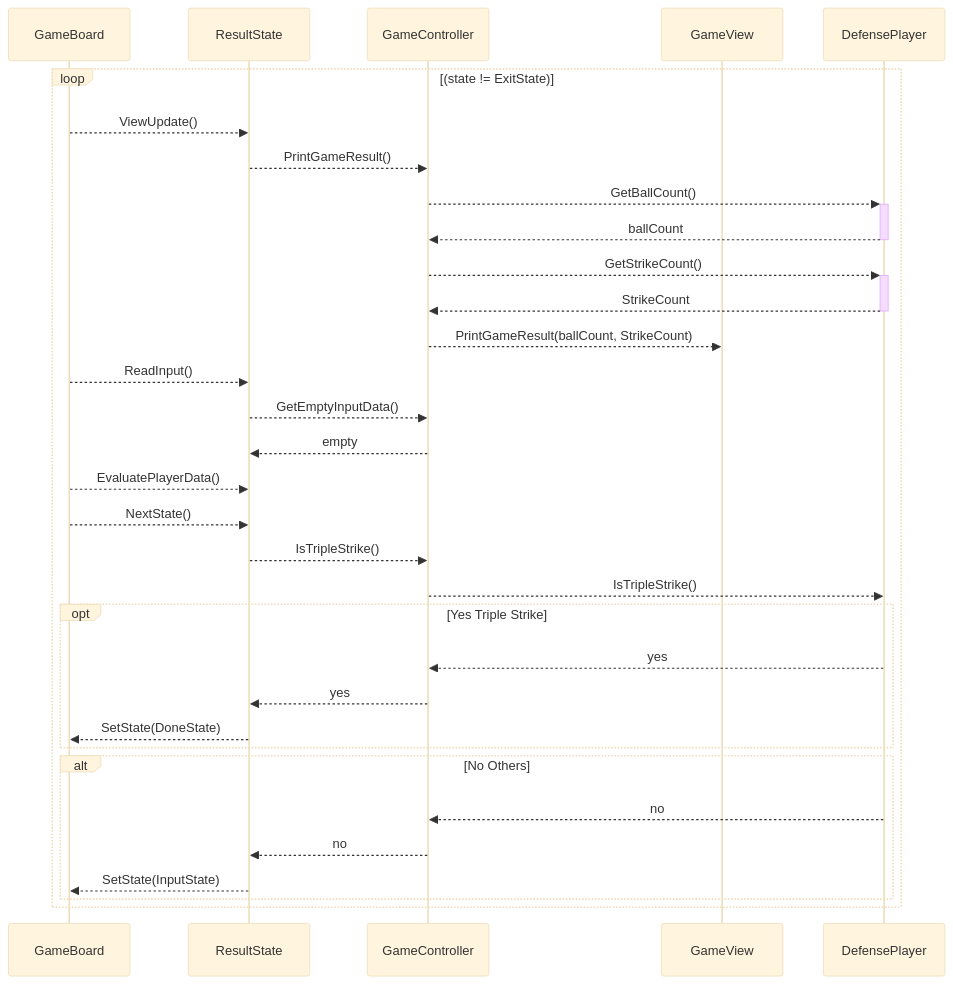
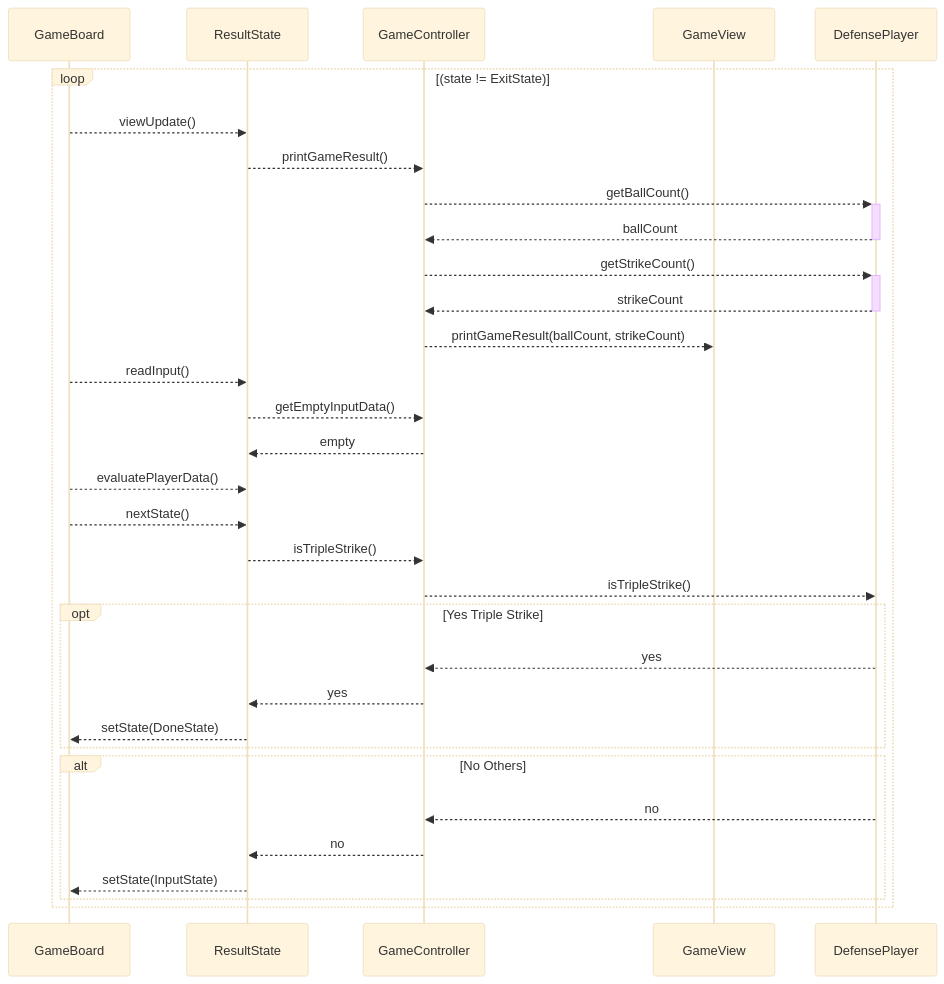
One commit to digiry/java-baseball-precourse changed the fourth of 7 diagrams in docs/sequence_diagram.md. Above: the diagram before and after it, drawn with Mermaid (base theme). The commit also changed other lines of this file and 1 other file, not shown here.

````diff
--- a/docs/sequence_diagram.md
+++ b/docs/sequence_diagram.md
@@ -110,40 +110,40 @@
 ```mermaid
 sequenceDiagram
     participant GameBoard
     participant ResultState
     participant GameController
     participant GameView
     participant DefensePlayer
 
     loop (state != ExitState)
-        GameBoard -->> ResultState: ViewUpdate()
-        ResultState -->> GameController: PrintGameResult()
-        GameController -->>+ DefensePlayer: GetBallCount()
+        GameBoard -->> ResultState: viewUpdate()
+        ResultState -->> GameController: printGameResult()
+        GameController -->>+ DefensePlayer: getBallCount()
         DefensePlayer -->>- GameController: ballCount 
-        GameController -->>+ DefensePlayer: GetStrikeCount()
-        DefensePlayer -->>- GameController: StrikeCount 
-        GameController -->> GameView: PrintGameResult(ballCount, StrikeCount)
+        GameController -->>+ DefensePlayer: getStrikeCount()
+        DefensePlayer -->>- GameController: strikeCount 
+        GameController -->> GameView: printGameResult(ballCount, strikeCount)
 
-        GameBoard -->> ResultState: ReadInput()
-        ResultState -->> GameController: GetEmptyInputData()
+        GameBoard -->> ResultState: readInput()
+        ResultState -->> GameController: getEmptyInputData()
         GameController -->> ResultState: empty
 
-        GameBoard -->> ResultState: EvaluatePlayerData()
+        GameBoard -->> ResultState: evaluatePlayerData()
 
-        GameBoard -->> ResultState: NextState()
-        ResultState -->> GameController: IsTripleStrike()
-        GameController -->> DefensePlayer: IsTripleStrike()
+        GameBoard -->> ResultState: nextState()
+        ResultState -->> GameController: isTripleStrike()
+        GameController -->> DefensePlayer: isTripleStrike()
         opt Yes Triple Strike
             DefensePlayer -->> GameController: yes
             GameController -->> ResultState: yes
-            ResultState -->> GameBoard: SetState(DoneState)
+            ResultState -->> GameBoard: setState(DoneState)
         end
 
         alt No Others
             DefensePlayer -->> GameController: no
             GameController -->> ResultState: no
-            ResultState -->> GameBoard: SetState(InputState)
+            ResultState -->> GameBoard: setState(InputState)
         end
     end
 
 ```
````
